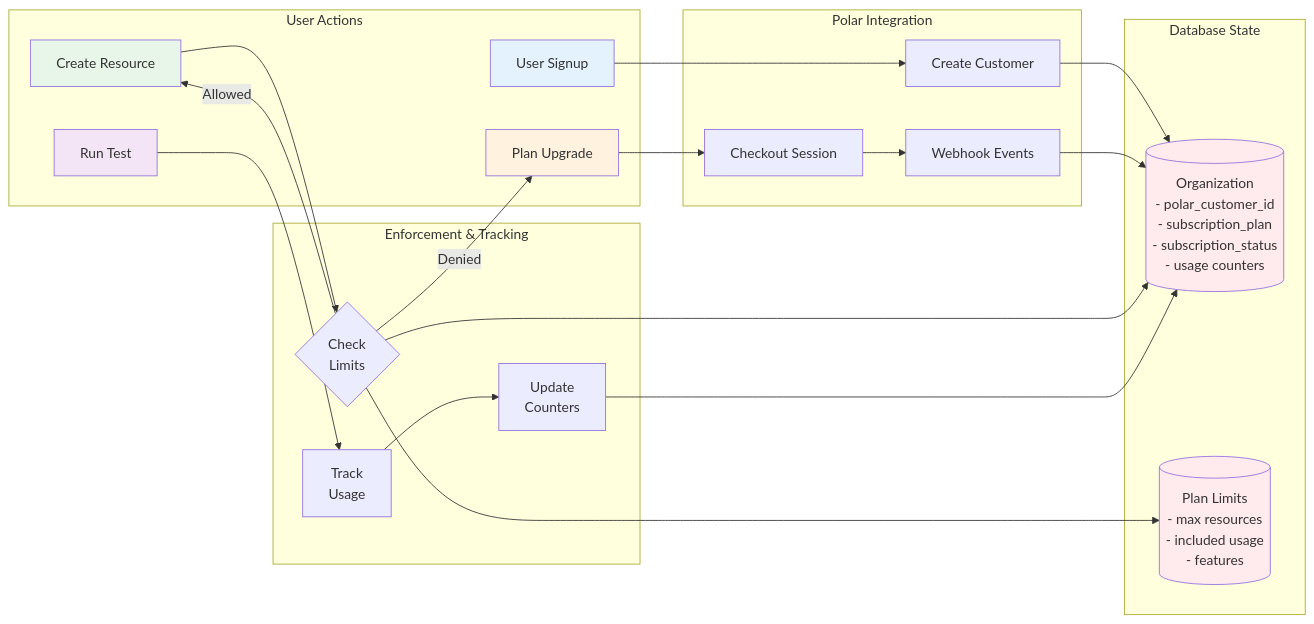
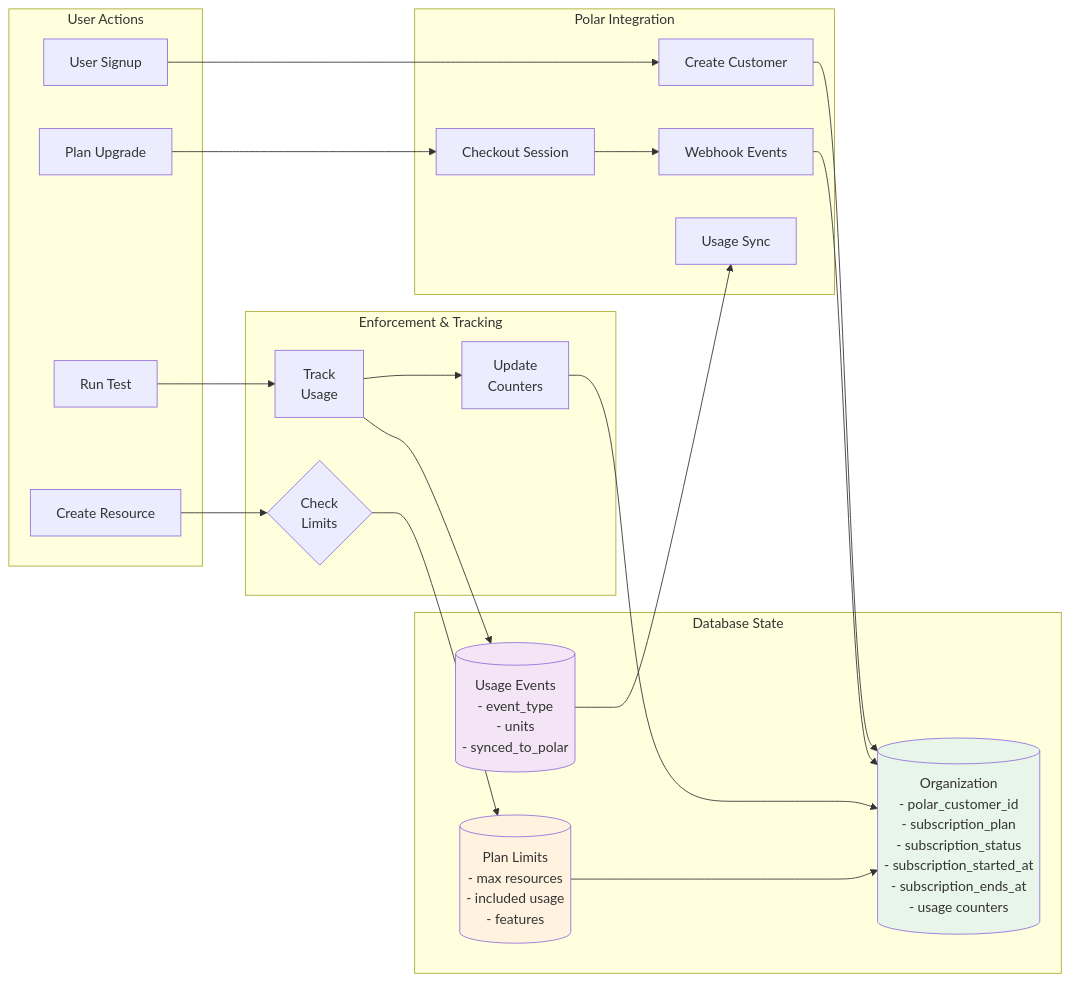
Before and after one commit to supercheck-io/supercheck: the seventh of 7 diagrams in specs/08-operations/POLAR_BILLING_INTEGRATION.md, drawn with Mermaid. The commit also changed other lines of this file and 36 other files, not shown here.

First line of the commit message:
refactor: Standardize K6 usage tracking from VU-hours to VU-minutes and add usage sync endpoint

````diff
--- a/specs/08-operations/POLAR_BILLING_INTEGRATION.md
+++ b/specs/08-operations/POLAR_BILLING_INTEGRATION.md
@@ -576,50 +1038,46 @@
 ```mermaid
 graph LR
     subgraph "User Actions"
         Signup[User Signup]
         Upgrade[Plan Upgrade]
         Execute[Run Test]
         Create[Create Resource]
     end
 
     subgraph "Polar Integration"
         CreateCustomer[Create Customer]
         Checkout[Checkout Session]
         Webhooks[Webhook Events]
+        UsageSync[Usage Sync]
     end
 
     subgraph "Database State"
-        OrgData[(Organization<br/>- polar_customer_id<br/>- subscription_plan<br/>- subscription_status<br/>- usage counters)]
+        OrgData[(Organization<br/>- polar_customer_id<br/>- subscription_plan<br/>- subscription_status<br/>- subscription_started_at<br/>- subscription_ends_at<br/>- usage counters)]
         PlanData[(Plan Limits<br/>- max resources<br/>- included usage<br/>- features)]
+        UsageEvents[(Usage Events<br/>- event_type<br/>- units<br/>- synced_to_polar)]
     end
 
     subgraph "Enforcement & Tracking"
         CheckLimits{Check<br/>Limits}
         TrackUsage[Track<br/>Usage]
         UpdateDB[Update<br/>Counters]
     end
 
     Signup --> CreateCustomer
     CreateCustomer --> OrgData
-
     Upgrade --> Checkout
     Checkout --> Webhooks
     Webhooks --> OrgData
-
-    Create --> CheckLimits
-    CheckLimits --> PlanData
-    CheckLimits --> OrgData
-    CheckLimits -->|Allowed| Create
-    CheckLimits -->|Denied| Upgrade
-
     Execute --> TrackUsage
     TrackUsage --> UpdateDB
     UpdateDB --> OrgData
+    TrackUsage --> UsageEvents
+    UsageEvents --> UsageSync
+    Create --> CheckLimits
+    CheckLimits --> PlanData
+    PlanData --> OrgData
 
-    style Signup fill:#e3f2fd
-    style Upgrade fill:#fff3e0
-    style Execute fill:#f3e5f5
-    style Create fill:#e8f5e9
-    style OrgData fill:#ffebee
-    style PlanData fill:#ffebee
+    style OrgData fill:#e8f5e9
+    style PlanData fill:#fff3e0
+    style UsageEvents fill:#f3e5f5
 ```
````
